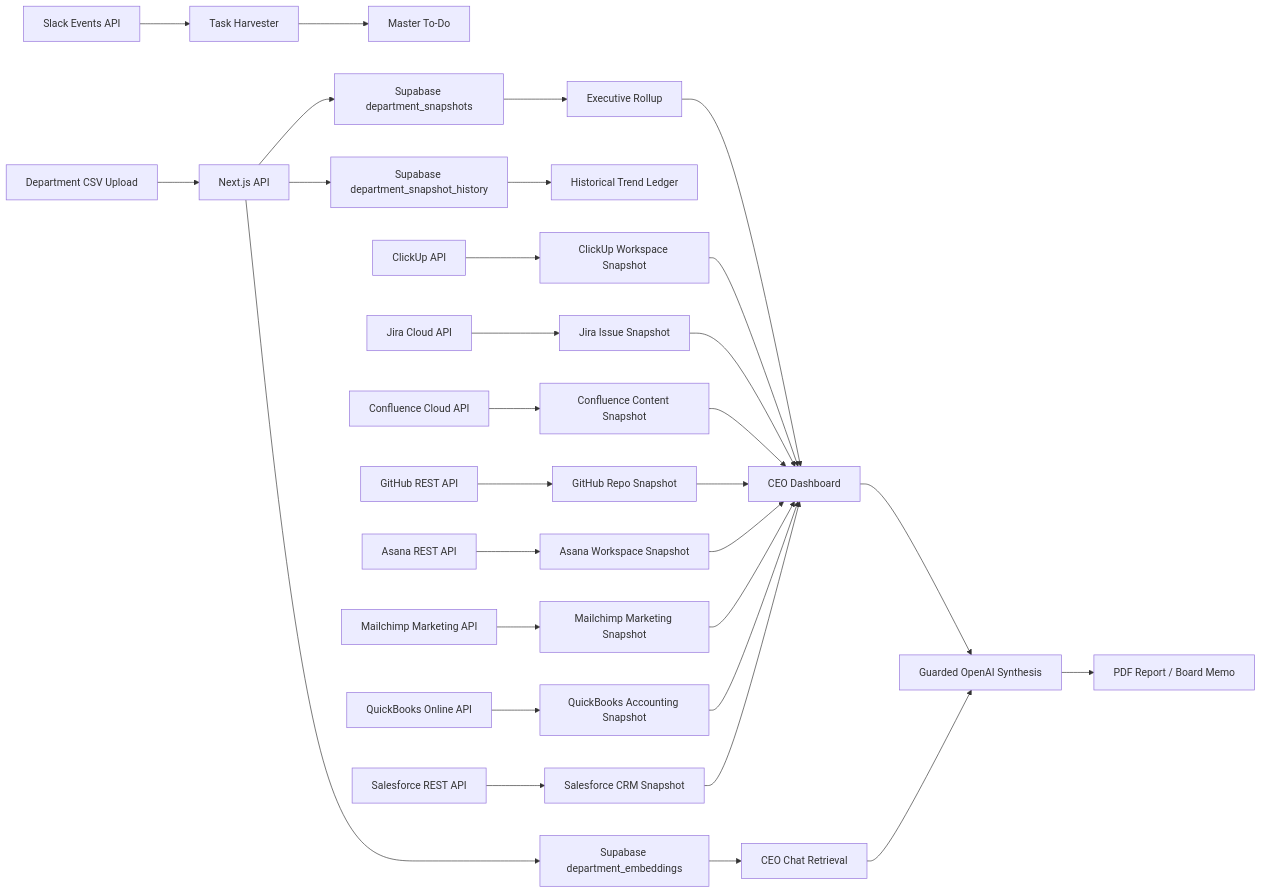
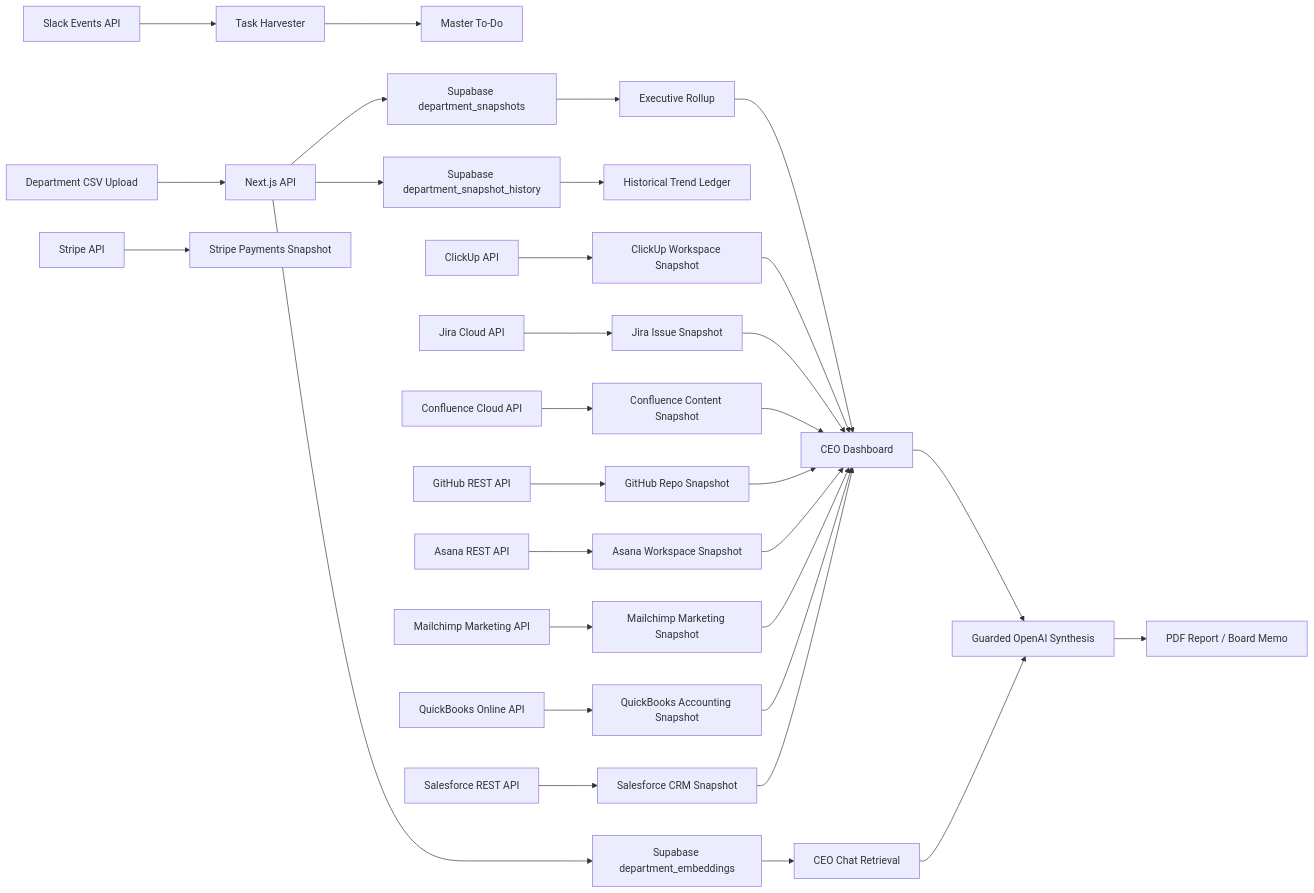
Before and after one commit to suhasbhairav/ai-chief-of-staff: the diagram in README.md, drawn with Mermaid. The commit also changed other lines of this file and 11 other files, not shown here.

````diff
--- a/README.md
+++ b/README.md
@@ -355,32 +359,33 @@
 ```mermaid
 flowchart LR
   A[Department CSV Upload] --> B[Next.js API]
   B --> C[Supabase department_snapshots]
   B --> D[Supabase department_snapshot_history]
   B --> M[Supabase department_embeddings]
   C --> E[Executive Rollup]
   D --> F[Historical Trend Ledger]
   M --> N[CEO Chat Retrieval]
   E --> G[CEO Dashboard]
   G --> H[Guarded OpenAI Synthesis]
   N --> H
   H --> I[PDF Report / Board Memo]
   J[Slack Events API] --> K[Task Harvester]
   K --> L[Master To-Do]
   O[ClickUp API] --> P[ClickUp Workspace Snapshot]
   P --> G
   Q[Jira Cloud API] --> R[Jira Issue Snapshot]
   S[Confluence Cloud API] --> T[Confluence Content Snapshot]
   U[GitHub REST API] --> V[GitHub Repo Snapshot]
   W[Asana REST API] --> X[Asana Workspace Snapshot]
   Y[Mailchimp Marketing API] --> Z[Mailchimp Marketing Snapshot]
   AA[QuickBooks Online API] --> AB[QuickBooks Accounting Snapshot]
   AC[Salesforce REST API] --> AD[Salesforce CRM Snapshot]
+  AE[Stripe API] --> AF[Stripe Payments Snapshot]
   R --> G
   T --> G
   V --> G
   X --> G
   Z --> G
   AB --> G
   AD --> G
 ```
````
